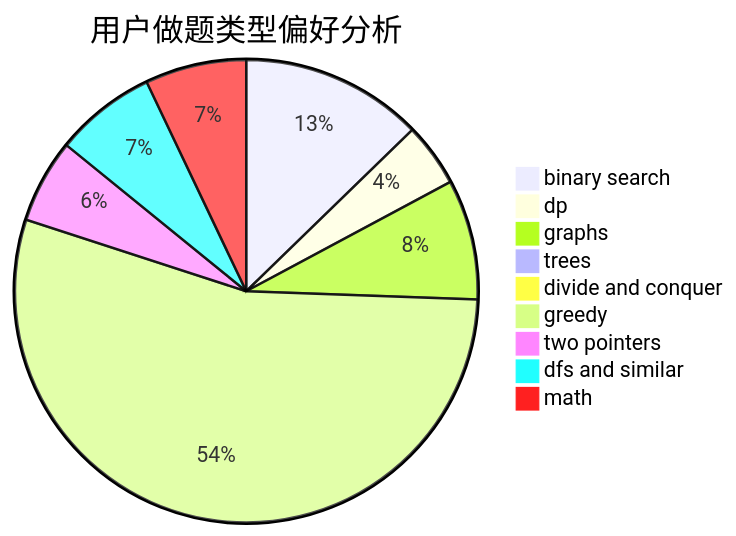
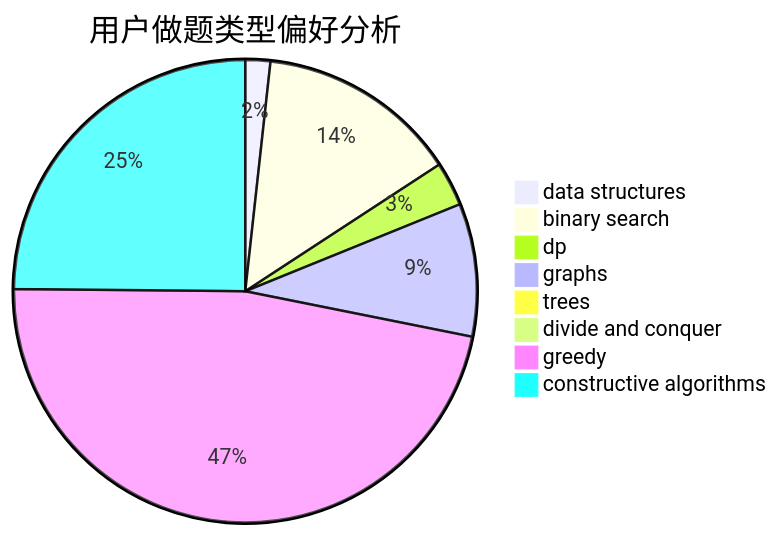
Before and after one commit to sherpahu/cfrs.github.io: the second of 3 diagrams in docs/user/u2315.md, drawn with Mermaid. The commit also changed other lines of this file and 2775 other files, not shown here.

````diff
--- a/docs/user/u2315.md
+++ b/docs/user/u2315.md
@@ -23,12 +23,11 @@
 ```mermaid
 pie title 用户做题类型偏好分析
+    "data structures" :  38
     "binary search" :  306
-    "dp" :  107
+    "dp" :  67
     "graphs" :  202
-    "trees" :  16
-    "divide and conquer" :  12
-    "greedy" :  1309
-    "two pointers" :  141
-    "dfs and similar" :  170
-    "math" :  170
+    "trees" :  1
+    "divide and conquer" :  2
+    "greedy" :  1024
+    "constructive algorithms" :  541
 ```
````
